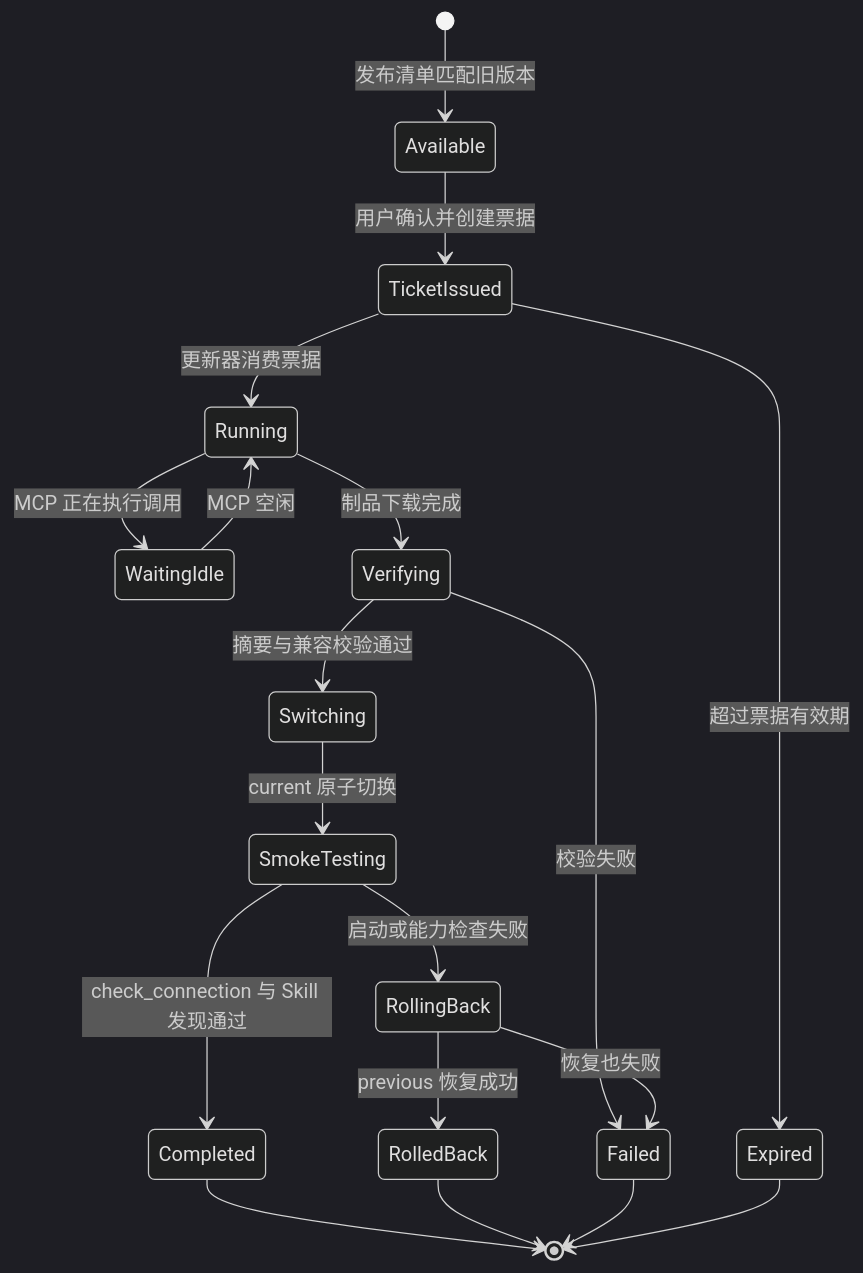
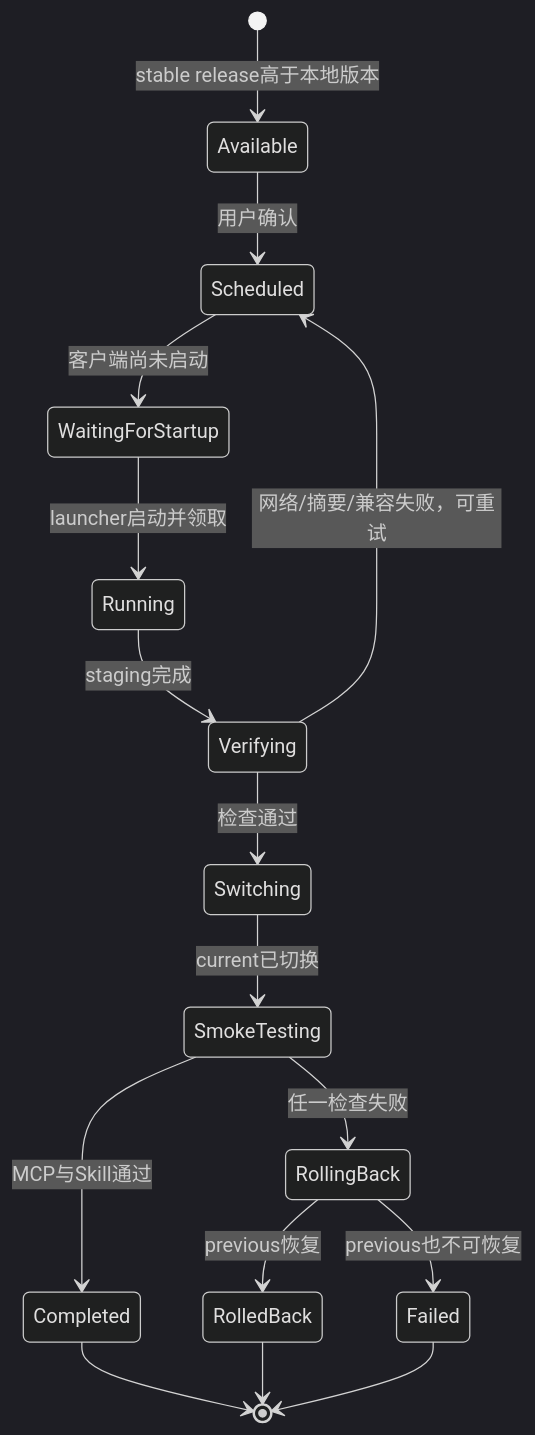
Before and after one commit to Dylan5237/prototype-manager: the seventh of 7 diagrams in docs/prototypes/agent-runtime-update-mvp/FULL_DESIGN.md, drawn with Mermaid (dark theme). The commit also changed other lines of this file and 10 other files, not shown here.

````diff
--- a/docs/prototypes/agent-runtime-update-mvp/FULL_DESIGN.md
+++ b/docs/prototypes/agent-runtime-update-mvp/FULL_DESIGN.md
@@ -346,21 +326,18 @@
 ```mermaid
 stateDiagram-v2
-  [*] --> Available: 发布清单匹配旧版本
-  Available --> TicketIssued: 用户确认并创建票据
-  TicketIssued --> Running: 更新器消费票据
-  TicketIssued --> Expired: 超过票据有效期
-  Running --> WaitingIdle: MCP 正在执行调用
-  WaitingIdle --> Running: MCP 空闲
-  Running --> Verifying: 制品下载完成
-  Verifying --> Switching: 摘要与兼容校验通过
-  Verifying --> Failed: 校验失败
-  Switching --> SmokeTesting: current 原子切换
-  SmokeTesting --> Completed: check_connection 与 Skill 发现通过
-  SmokeTesting --> RollingBack: 启动或能力检查失败
-  RollingBack --> RolledBack: previous 恢复成功
-  RollingBack --> Failed: 恢复也失败
+  [*] --> Available: stable release高于本地版本
+  Available --> Scheduled: 用户确认
+  Scheduled --> WaitingForStartup: 客户端尚未启动
+  WaitingForStartup --> Running: launcher启动并领取
+  Running --> Verifying: staging完成
+  Verifying --> Switching: 检查通过
+  Verifying --> Scheduled: 网络/摘要/兼容失败，可重试
+  Switching --> SmokeTesting: current已切换
+  SmokeTesting --> Completed: MCP与Skill通过
+  SmokeTesting --> RollingBack: 任一检查失败
+  RollingBack --> RolledBack: previous恢复
+  RollingBack --> Failed: previous也不可恢复
   Completed --> [*]
   RolledBack --> [*]
   Failed --> [*]
-  Expired --> [*]
 ```
````
